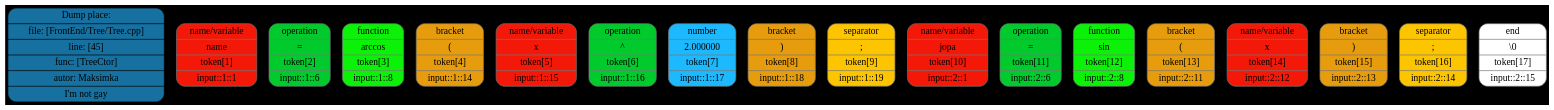
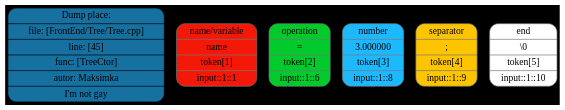
Before and after one commit to Maksim-Sebelev/Language: the diagram in token.dot, drawn with Graphviz. The commit also changed 14 other files, not shown here.

```diff
--- a/token.dot
+++ b/token.dot
@@ -1,23 +1,11 @@
 digraph G{
 rankdir=TB
 graph [bgcolor="#000000"];
 size = "100 5"
 place[shape=Mrecord, style=filled, fillcolor="#1771a0", pos="0,1!",label = " { Dump place: | file: [FrontEnd/Tree/Tree.cpp] | line: [45] | func: [TreeCtor] | autor: Maksimka | I'm not gay } "color = "#000000"];
 token0[shape=Mrecord, style=filled, fillcolor="#f31807",label = " { name/variable | name |  token[1] |  input::1::1 } ", color = "#777777"];
 token1[shape=Mrecord, style=filled, fillcolor="#00ca2c",label = " { operation | = |  token[2] |  input::1::6 } ", color = "#777777"];
-token2[shape=Mrecord, style=filled, fillcolor="#0cf108",label = " { function | arccos |  token[3] |  input::1::8 } ", color = "#777777"];
-token3[shape=Mrecord, style=filled, fillcolor="#e69c0c",label = " { bracket | ( |  token[4] |  input::1::14 } ", color = "#777777"];
-token4[shape=Mrecord, style=filled, fillcolor="#f31807",label = " { name/variable | x |  token[5] |  input::1::15 } ", color = "#777777"];
-token5[shape=Mrecord, style=filled, fillcolor="#00ca2c",label = " { operation | ^ |  token[6] |  input::1::16 } ", color = "#777777"];
-token6[shape=Mrecord, style=filled, fillcolor="#1cb9ff",label = " { number | 2.000000 |  token[7] |  input::1::17 } ", color = "#777777"];
-token7[shape=Mrecord, style=filled, fillcolor="#e69c0c",label = " { bracket | ) |  token[8] |  input::1::18 } ", color = "#777777"];
-token8[shape=Mrecord, style=filled, fillcolor="#fdc500",label = " { separator | ; |  token[9] |  input::1::19 } ", color = "#777777"];
-token9[shape=Mrecord, style=filled, fillcolor="#f31807",label = " { name/variable | jopa |  token[10] |  input::2::1 } ", color = "#777777"];
-token10[shape=Mrecord, style=filled, fillcolor="#00ca2c",label = " { operation | = |  token[11] |  input::2::6 } ", color = "#777777"];
-token11[shape=Mrecord, style=filled, fillcolor="#0cf108",label = " { function | sin |  token[12] |  input::2::8 } ", color = "#777777"];
-token12[shape=Mrecord, style=filled, fillcolor="#e69c0c",label = " { bracket | ( |  token[13] |  input::2::11 } ", color = "#777777"];
-token13[shape=Mrecord, style=filled, fillcolor="#f31807",label = " { name/variable | x |  token[14] |  input::2::12 } ", color = "#777777"];
-token14[shape=Mrecord, style=filled, fillcolor="#e69c0c",label = " { bracket | ) |  token[15] |  input::2::13 } ", color = "#777777"];
-token15[shape=Mrecord, style=filled, fillcolor="#fdc500",label = " { separator | ; |  token[16] |  input::2::14 } ", color = "#777777"];
-token16[shape=Mrecord, style=filled, fillcolor="#ffffff",label = " { end | \\0 |  token[17] |  input::2::15 } ", color = "#777777"];
+token2[shape=Mrecord, style=filled, fillcolor="#1cb9ff",label = " { number | 3.000000 |  token[3] |  input::1::8 } ", color = "#777777"];
+token3[shape=Mrecord, style=filled, fillcolor="#fdc500",label = " { separator | ; |  token[4] |  input::1::9 } ", color = "#777777"];
+token4[shape=Mrecord, style=filled, fillcolor="#ffffff",label = " { end | \\0 |  token[5] |  input::1::10 } ", color = "#777777"];
 }
```
